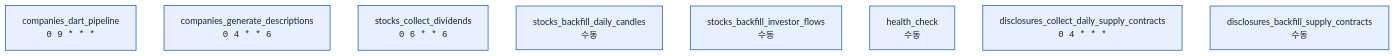
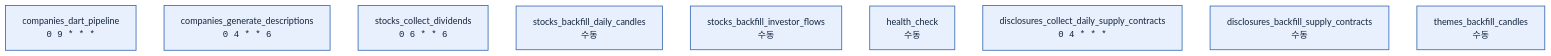
Before and after one commit to swmaestro-3back/finngraph-etl: the diagram in dags/README.md, drawn with Mermaid. The commit also changed other lines of this file and 3 other files, not shown here.

````diff
--- a/dags/README.md
+++ b/dags/README.md
@@ -90,14 +99,15 @@
 ```mermaid
 flowchart TB
     CDP["companies_dart_pipeline<br/><code>0 9 * * *</code>"]
     CGD["companies_generate_descriptions<br/><code>0 4 * * 6</code>"]
     SCD["stocks_collect_dividends<br/><code>0 6 * * 6</code>"]
     SBD["stocks_backfill_daily_candles<br/>수동"]
     SBI["stocks_backfill_investor_flows<br/>수동"]
     HC["health_check<br/>수동"]
     DCD["disclosures_collect_daily_supply_contracts<br/><code>0 4 * * *</code>"]
     DBF["disclosures_backfill_supply_contracts<br/>수동"]
+    TBC["themes_backfill_candles<br/>수동"]
 
     classDef cron fill:#e8f0fe,stroke:#3b6db5,stroke-width:1.5px,color:#12243d
-    class CDP,CGD,SCD,SBD,SBI,HC,DCD,DBF cron
+    class CDP,CGD,SCD,SBD,SBI,HC,DCD,DBF,TBC cron
 ```
````
